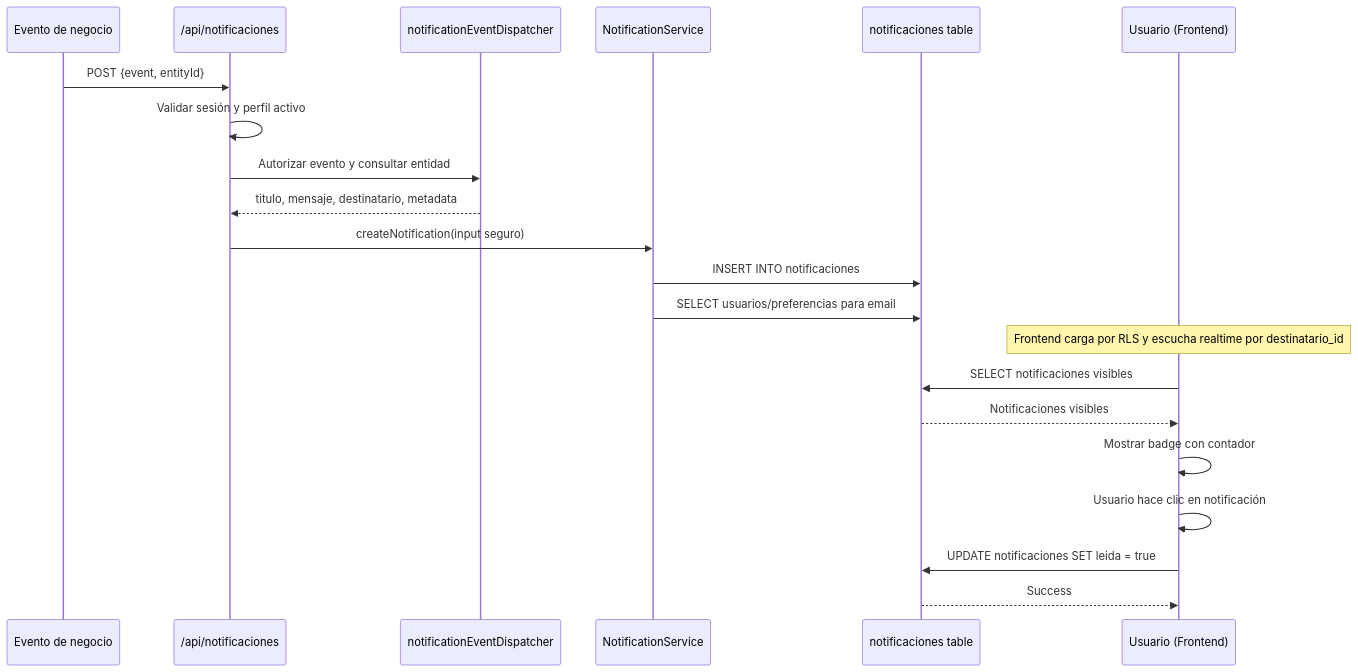
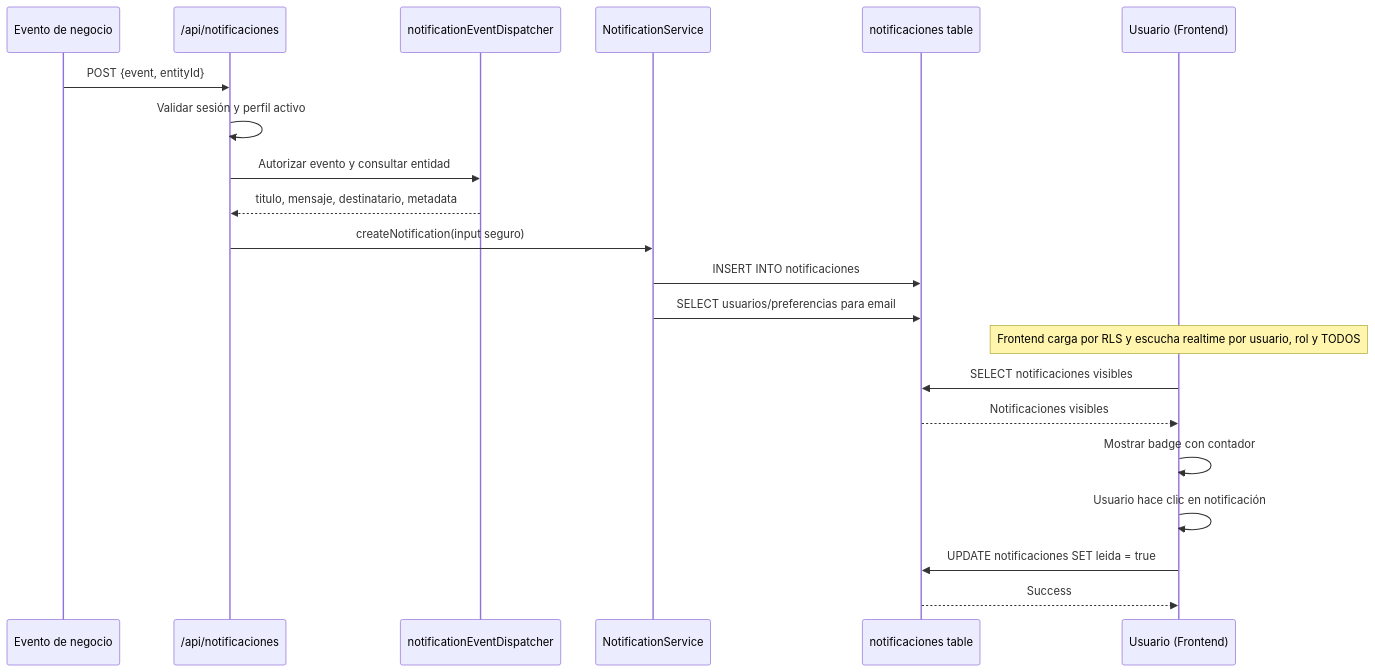
Diagram 13 of 13 in docs/WORKFLOW.md (mintriago123/tesis_banco_alimentos), drawn with Mermaid before and after one commit. The commit also changed other lines of this file and 7 other files, not shown here.

````diff
--- a/docs/WORKFLOW.md
+++ b/docs/WORKFLOW.md
@@ -909,27 +909,27 @@
 ```mermaid
 sequenceDiagram
     participant E as Evento de negocio
     participant API as /api/notificaciones
     participant D as notificationEventDispatcher
     participant NS as NotificationService
     participant DB as notificaciones table
     participant U as Usuario (Frontend)
     
     E->>API: POST {event, entityId}
     API->>API: Validar sesión y perfil activo
     API->>D: Autorizar evento y consultar entidad
     D-->>API: titulo, mensaje, destinatario, metadata
     
     API->>NS: createNotification(input seguro)
     NS->>DB: INSERT INTO notificaciones
     NS->>DB: SELECT usuarios/preferencias para email
     
-    Note over U: Frontend carga por RLS y escucha realtime por destinatario_id
+    Note over U: Frontend carga por RLS y escucha realtime por usuario, rol y TODOS
     U->>DB: SELECT notificaciones visibles
     DB-->>U: Notificaciones visibles
     
     U->>U: Mostrar badge con contador
     U->>U: Usuario hace clic en notificación
     U->>DB: UPDATE notificaciones SET leida = true
     DB-->>U: Success
 ```
````
